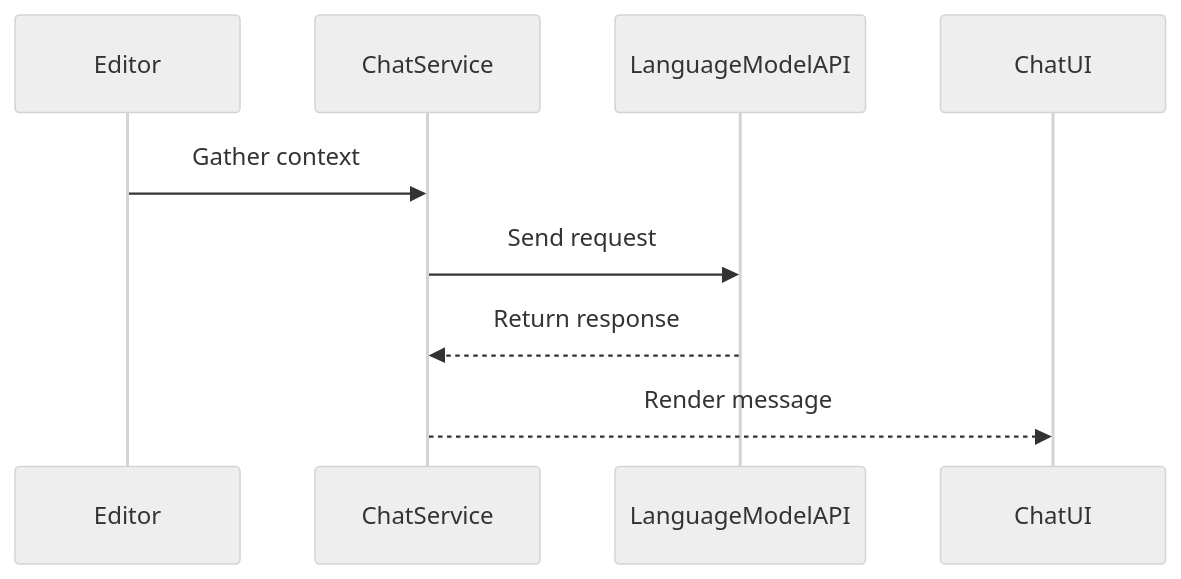
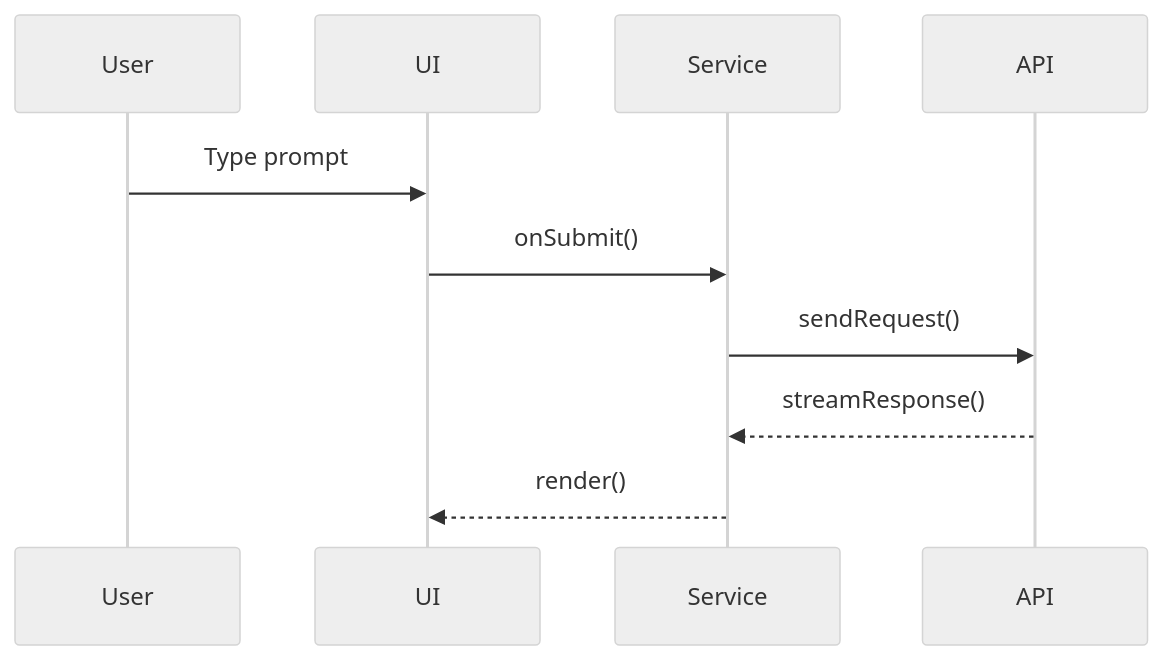
The diagram in docs/chat/architecture.md (rajkandula/vscode), drawn with Mermaid (neutral theme) before and after one commit. The commit also changed other lines of this file and 2 other files, not shown here.

Commit message:
docs: add chat architecture and README updates

````diff
--- a/docs/chat/architecture.md
+++ b/docs/chat/architecture.md
@@ -13,12 +21,13 @@
 ```mermaid
 sequenceDiagram
-    participant Editor as Editor
-    participant Service as ChatService
-    participant API as LanguageModelAPI
-    participant View as ChatUI
+    participant User
+    participant UI
+    participant Service
+    participant API
 
-    Editor->>Service: Gather context
-    Service->>API: Send request
-    API-->>Service: Return response
-    Service-->>View: Render message
+    User->>UI: Type prompt
+    UI->>Service: onSubmit()
+    Service->>API: sendRequest()
+    API-->>Service: streamResponse()
+    Service-->>UI: render()
 ```
````
